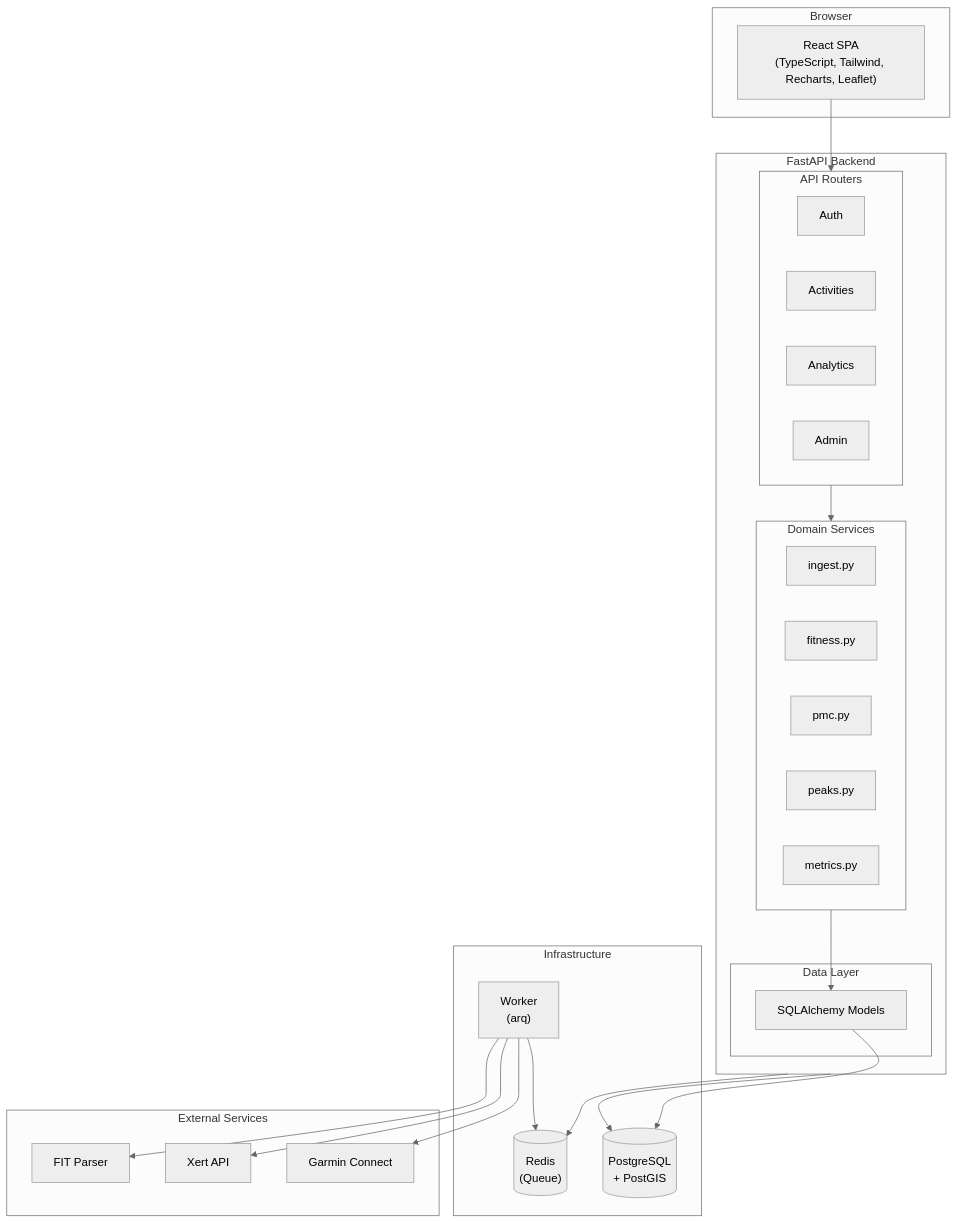
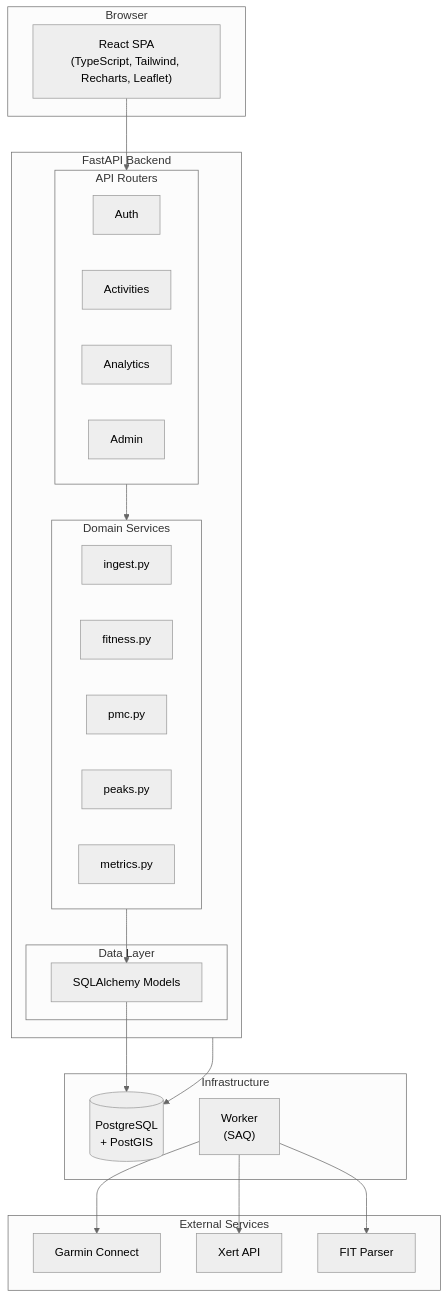
Before and after one commit to tomberch/training-dash: the diagram in docs/architecture.md, drawn with Mermaid (neutral theme). The commit also changed other lines of this file and 17 other files, not shown here.

First line of the commit message:
Replace arq with SAQ (Postgres backend)

````diff
--- a/docs/architecture.md
+++ b/docs/architecture.md
@@ -7,48 +7,45 @@
 ```mermaid
 flowchart TB
     subgraph Browser["Browser"]
         SPA["React SPA<br/>(TypeScript, Tailwind, Recharts, Leaflet)"]
     end
 
     subgraph Backend["FastAPI Backend"]
         subgraph Routers["API Routers"]
             Auth["Auth"]
             Activities["Activities"]
             Analytics["Analytics"]
             Admin["Admin"]
         end
         subgraph Services["Domain Services"]
             Ingest["ingest.py"]
             Fitness["fitness.py"]
             PMC["pmc.py"]
             Peaks["peaks.py"]
             Metrics["metrics.py"]
         end
         subgraph Data["Data Layer"]
             Models["SQLAlchemy Models"]
         end
     end
 
     subgraph Infrastructure
         DB[("PostgreSQL<br/>+ PostGIS")]
-        Redis[("Redis<br/>(Queue)")]
-        Worker["Worker<br/>(arq)"]
+        Worker["Worker<br/>(SAQ)"]
     end
 
     subgraph External["External Services"]
         Garmin["Garmin Connect"]
         Xert["Xert API"]
         FIT["FIT Parser"]
     end
 
     SPA --> Routers
     Routers --> Services
     Services --> Models
     Models --> DB
-    Worker --> Redis
     Worker --> Garmin
     Worker --> Xert
     Worker --> FIT
     Backend --> DB
-    Backend --> Redis
 ```
````
